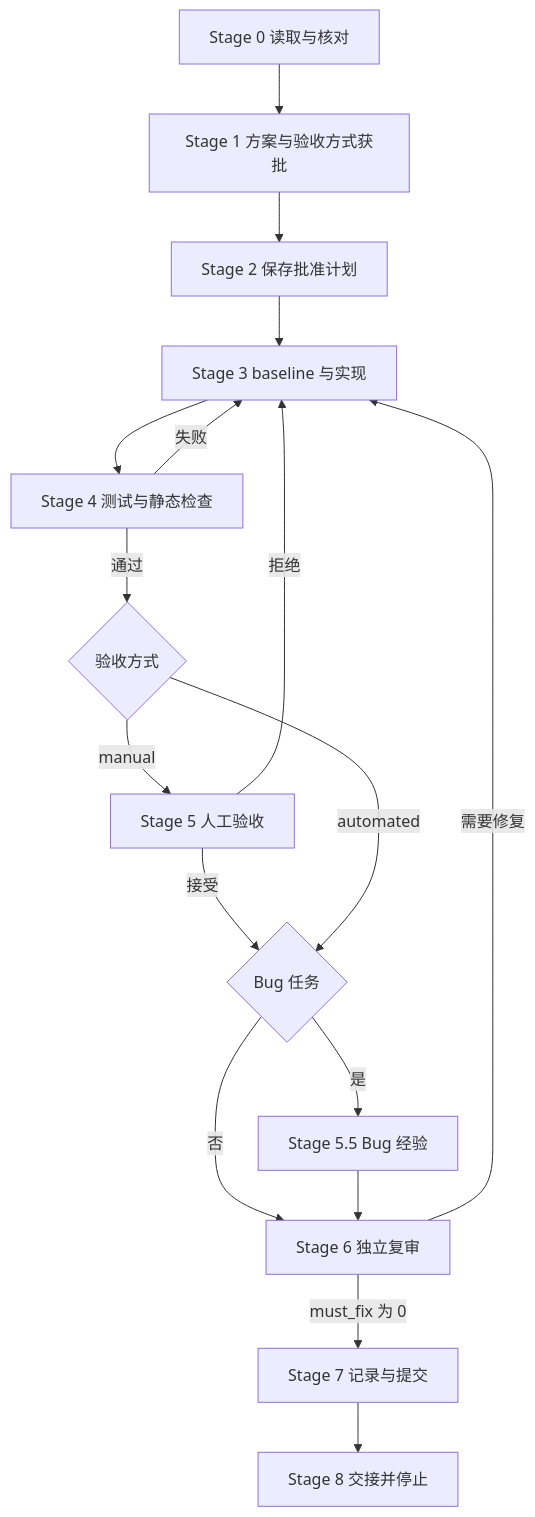
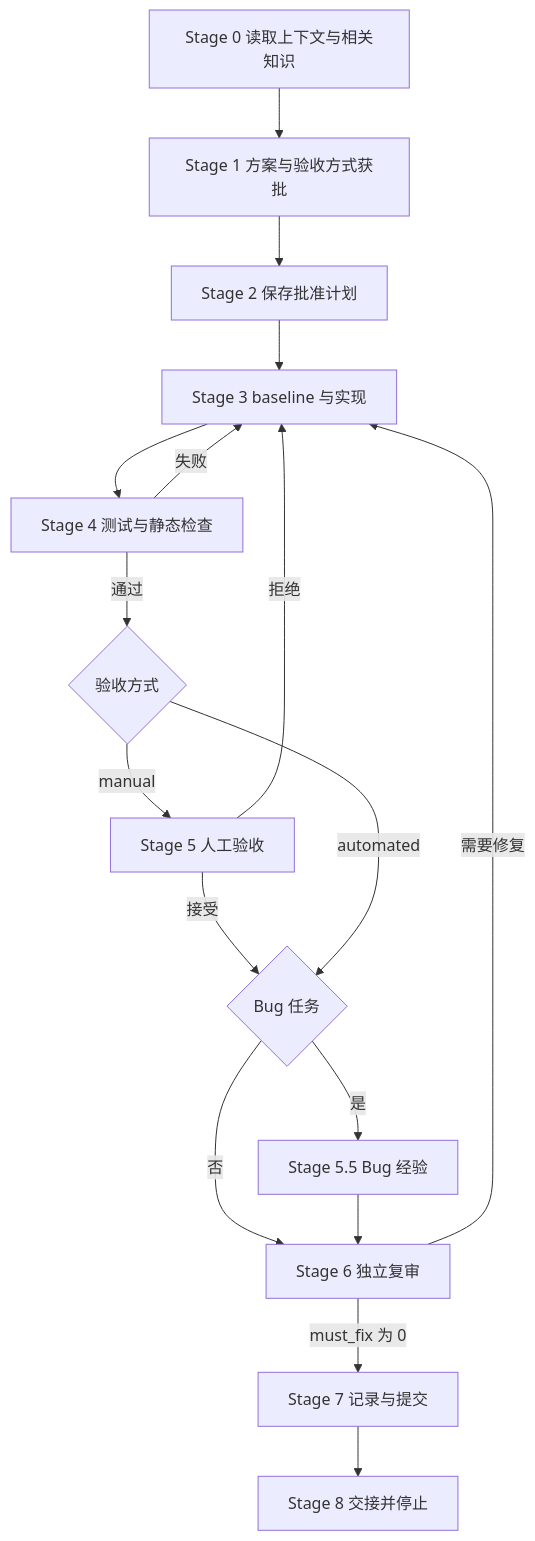
One commit to yxy823/Game_idle_yaya_frame changed the diagram in framework/docs/blank-project/guides/feature-delivery.md. Above: the diagram before and after it, drawn with Mermaid. The commit also changed other lines of this file and 24 other files, not shown here.

````diff
--- a/framework/docs/blank-project/guides/feature-delivery.md
+++ b/framework/docs/blank-project/guides/feature-delivery.md
@@ -32,19 +34,19 @@
 ```mermaid
 flowchart TD
-    S0[Stage 0 读取与核对] --> S1[Stage 1 方案与验收方式获批]
+    S0[Stage 0 读取上下文与相关知识] --> S1[Stage 1 方案与验收方式获批]
     S1 --> S2[Stage 2 保存批准计划]
     S2 --> S3[Stage 3 baseline 与实现]
     S3 --> S4[Stage 4 测试与静态检查]
     S4 -->|失败| S3
     S4 -->|通过| A{验收方式}
     A -->|manual| S5[Stage 5 人工验收]
     S5 -->|拒绝| S3
     S5 -->|接受| B{Bug 任务}
     A -->|automated| B
     B -->|是| S55[Stage 5.5 Bug 经验]
     B -->|否| S6[Stage 6 独立复审]
     S55 --> S6
     S6 -->|需要修复| S3
     S6 -->|must_fix 为 0| S7[Stage 7 记录与提交]
     S7 --> S8[Stage 8 交接并停止]
 ```
````
